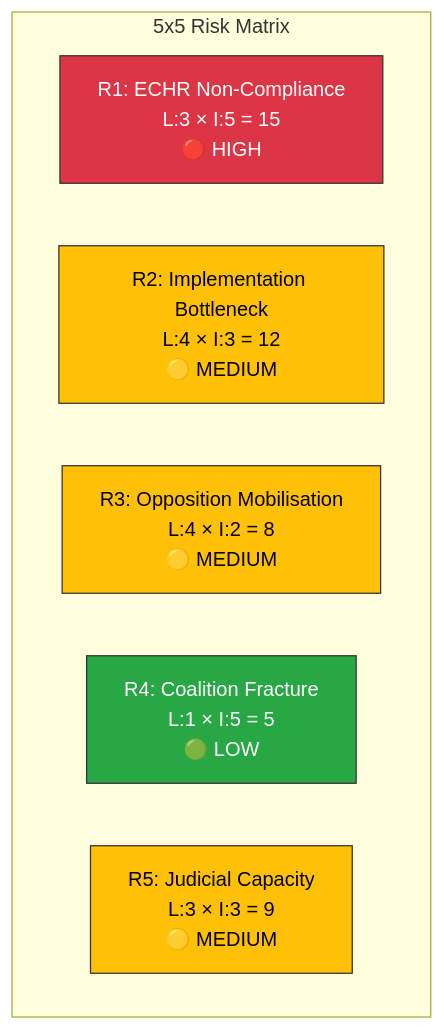
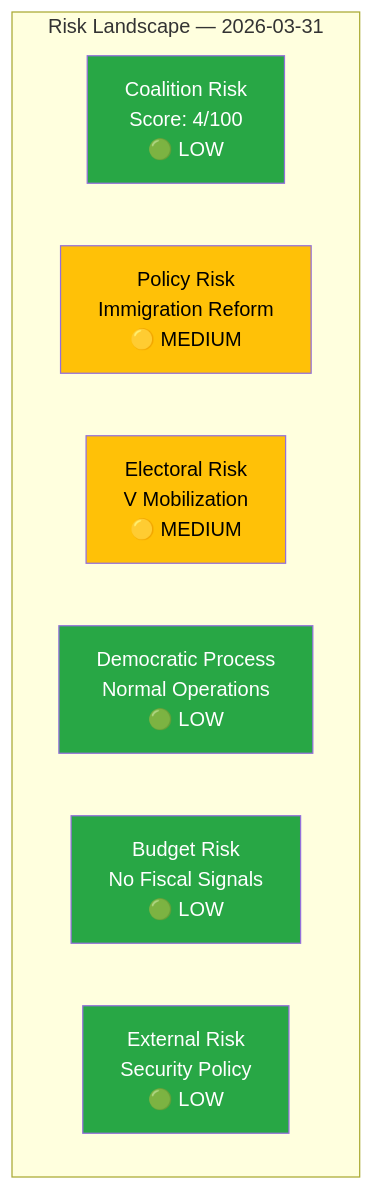
The diagram in analysis/daily/2026-03-31/risk-assessment.md (Hack23/riksdagsmonitor), drawn with Mermaid before and after one commit. The commit also changed other lines of this file and 60 other files, not shown here.

````diff
--- a/analysis/daily/2026-03-31/risk-assessment.md
+++ b/analysis/daily/2026-03-31/risk-assessment.md
@@ -18,15 +12,17 @@
 ```mermaid
 graph TD
-    subgraph "5x5 Risk Matrix"
-        R1["R1: ECHR Non-Compliance<br/>L:3 × I:5 = 15<br/>🔴 HIGH"]
-        R2["R2: Implementation Bottleneck<br/>L:4 × I:3 = 12<br/>🟡 MEDIUM"]
-        R3["R3: Opposition Mobilisation<br/>L:4 × I:2 = 8<br/>🟡 MEDIUM"]
-        R4["R4: Coalition Fracture<br/>L:1 × I:5 = 5<br/>🟢 LOW"]
-        R5["R5: Judicial Capacity<br/>L:3 × I:3 = 9<br/>🟡 MEDIUM"]
+    subgraph "Risk Landscape — 2026-03-31"
+        CR["Coalition Risk<br/>Score: 4/100<br/>🟢 LOW"]
+        PR["Policy Risk<br/>Immigration Reform<br/>🟡 MEDIUM"]
+        ER["Electoral Risk<br/>V Mobilization<br/>🟡 MEDIUM"]
+        DR["Democratic Process<br/>Normal Operations<br/>🟢 LOW"]
+        BR["Budget Risk<br/>No Fiscal Signals<br/>🟢 LOW"]
+        XR["External Risk<br/>Security Policy<br/>🟢 LOW"]
     end
-    style R1 fill:#dc3545,stroke:#333,color:#fff
-    style R2 fill:#ffc107,stroke:#333,color:#000
-    style R3 fill:#ffc107,stroke:#333,color:#000
-    style R4 fill:#28a745,stroke:#333,color:#fff
-    style R5 fill:#ffc107,stroke:#333,color:#000
+    style CR fill:#28a745,color:#fff
+    style PR fill:#ffc107,color:#000
+    style ER fill:#ffc107,color:#000
+    style DR fill:#28a745,color:#fff
+    style BR fill:#28a745,color:#fff
+    style XR fill:#28a745,color:#fff
 ```
````
